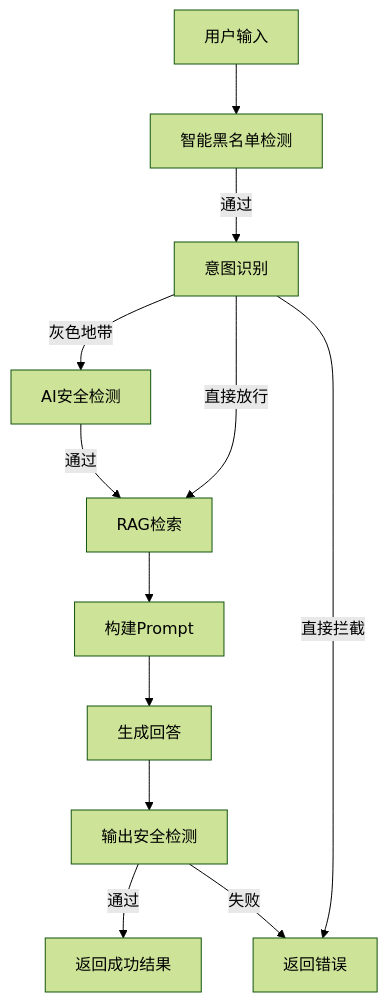
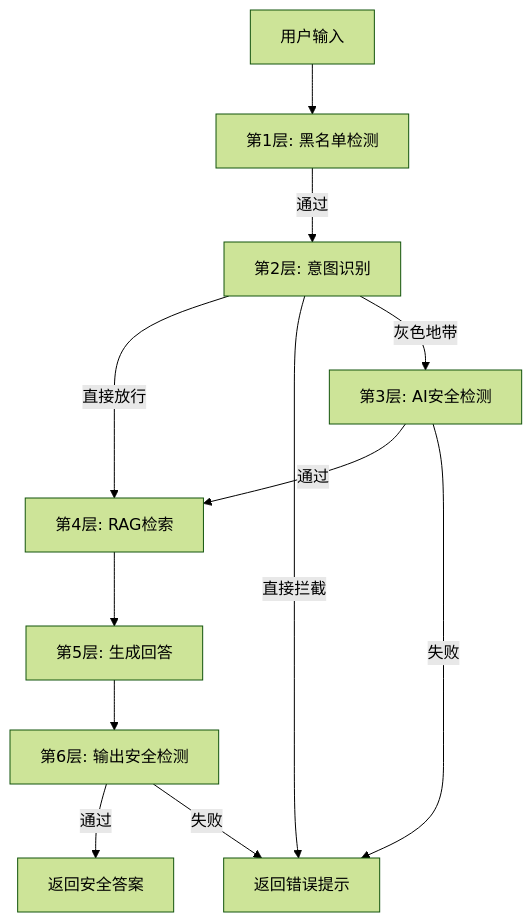
Before and after one commit to ZiiiHe1012/Attack_Defense_Bot: the diagram in README.md, drawn with Mermaid (forest theme). The commit also changed other lines of this file and 2 other files, not shown here.

````diff
--- a/README.md
+++ b/README.md
@@ -31,14 +13,14 @@
 ```mermaid
 graph TD
-    A[用户输入] --> B[智能黑名单检测]
-    B -->|通过| C[意图识别]
-    C -->|直接放行| D[RAG检索]
-    C -->|直接拦截| Z[返回错误]
-    C -->|灰色地带| E[AI安全检测]
+    A[用户输入] --> B[第1层: 黑名单检测]
+    B -->|通过| C[第2层: 意图识别]
+    C -->|直接放行| D[第4层: RAG检索]
+    C -->|直接拦截| Z[返回错误提示]
+    C -->|灰色地带| E[第3层: AI安全检测]
     E -->|通过| D
-    D --> F[构建Prompt]
-    F --> G[生成回答]
-    G --> H[输出安全检测]
-    H -->|通过| I[返回成功结果]
-    H -->|失败| Z
+    E -->|失败| Z
+    D --> F[第5层: 生成回答]
+    F --> G[第6层: 输出安全检测]
+    G -->|通过| H[返回安全答案]
+    G -->|失败| Z
 ```
````
